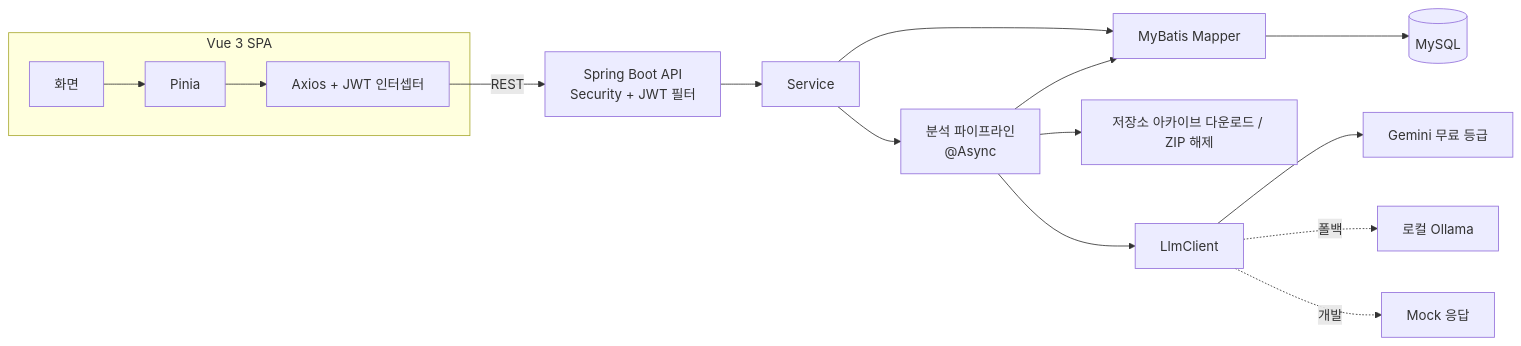
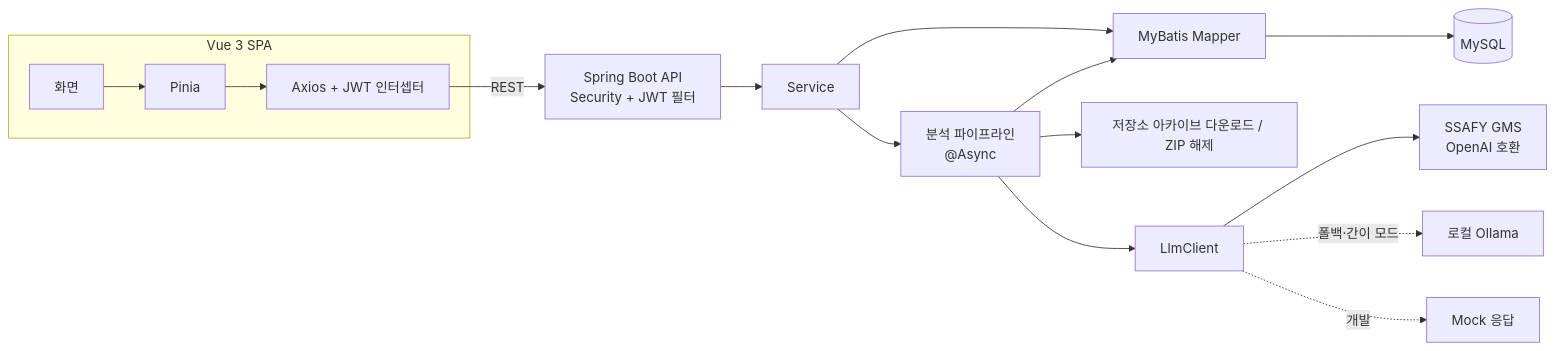
The second of 3 diagrams in docs/기획서.md (whans1996/final), drawn with Mermaid before and after one commit. The commit also changed other lines of this file and 16 other files, not shown here.

````diff
--- a/docs/기획서.md
+++ b/docs/기획서.md
@@ -225,17 +225,17 @@
 ```mermaid
 flowchart LR
   subgraph FE[Vue 3 SPA]
     UI[화면] --> Store[Pinia]
     Store --> Ax[Axios + JWT 인터셉터]
   end
   Ax -->|REST| API[Spring Boot API<br/>Security + JWT 필터]
   API --> Svc[Service]
   Svc --> Mapper[MyBatis Mapper] --> DB[(MySQL)]
   Svc --> Pipe[분석 파이프라인<br/>@Async]
   Pipe --> Fetch[저장소 아카이브 다운로드 / ZIP 해제]
   Pipe --> LLM[LlmClient]
-  LLM --> Gemini[Gemini 무료 등급]
-  LLM -. 폴백 .-> Ollama[로컬 Ollama]
+  LLM --> GMS[SSAFY GMS<br/>OpenAI 호환]
+  LLM -. 폴백·간이 모드 .-> Ollama[로컬 Ollama]
   LLM -. 개발 .-> Mock[Mock 응답]
   Pipe --> Mapper
 ```
````
